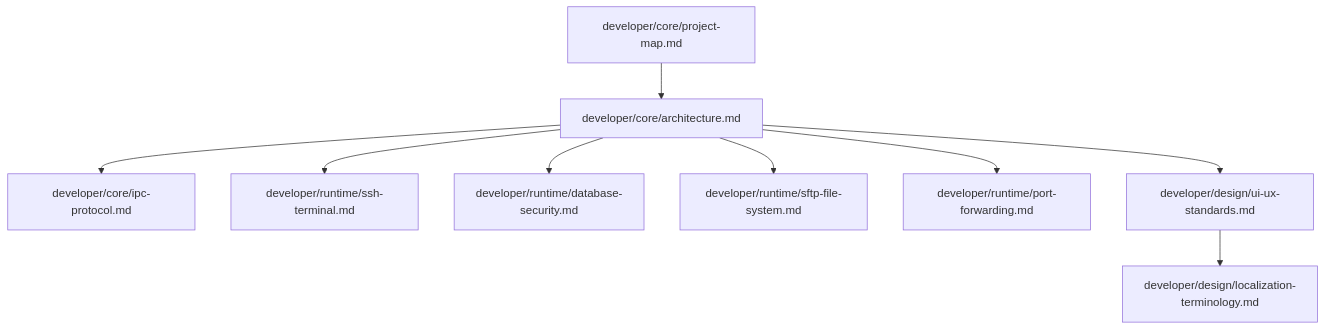
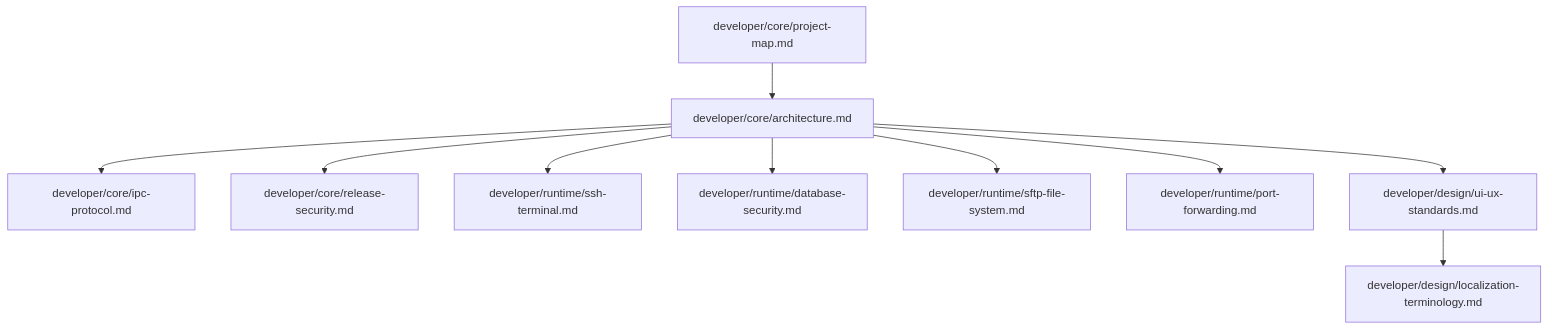
The diagram in docs/README.md (XYZ1024-alt/Cosmosh), drawn with Mermaid before and after one commit. The commit also changed other lines of this file and 18 other files, not shown here.

````diff
--- a/docs/README.md
+++ b/docs/README.md
@@ -39,11 +40,12 @@
 ```mermaid
 flowchart TD
   A[developer/core/project-map.md] --> B[developer/core/architecture.md]
   B --> C[developer/core/ipc-protocol.md]
+  B --> J[developer/core/release-security.md]
   B --> D[developer/runtime/ssh-terminal.md]
   B --> E[developer/runtime/database-security.md]
   B --> F[developer/runtime/sftp-file-system.md]
   B --> G[developer/runtime/port-forwarding.md]
   B --> H[developer/design/ui-ux-standards.md]
   H --> I[developer/design/localization-terminology.md]
 ```
````
